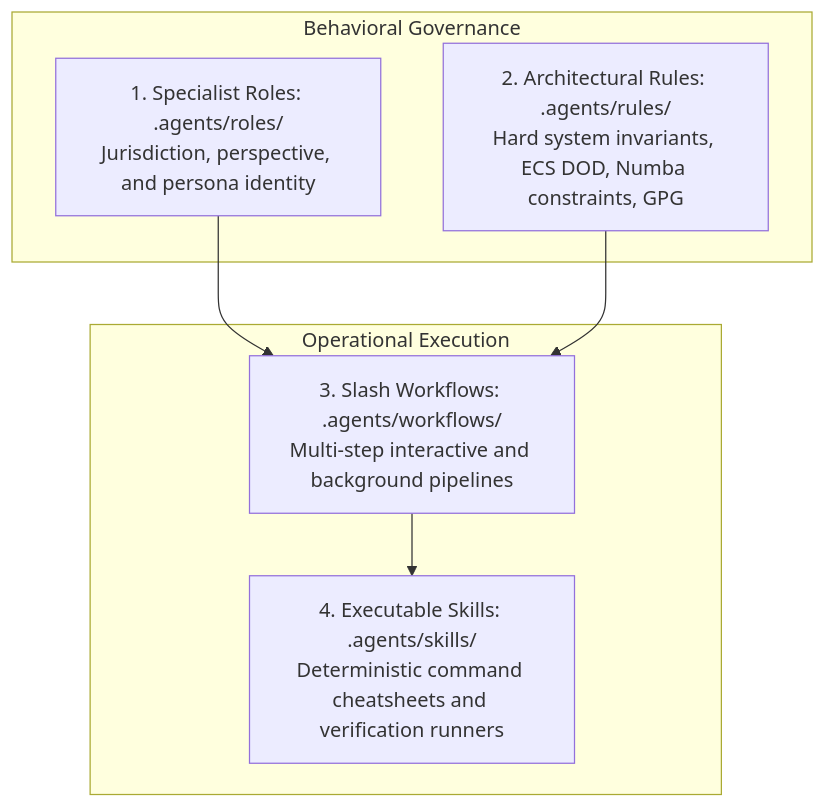
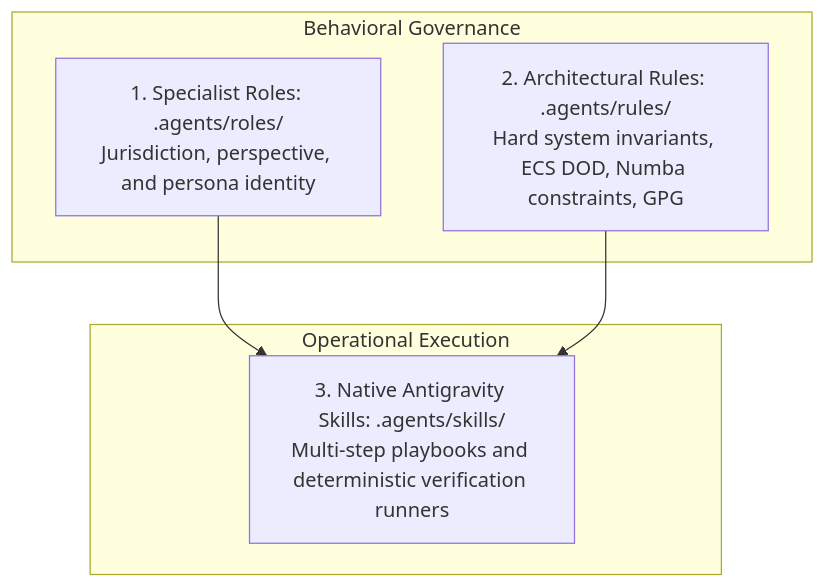
The fifth of 6 diagrams in .agents/README.md (foersben/PHIDS), drawn with Mermaid before and after one commit. The commit also changed other lines of this file and 15 other files, not shown here.

````diff
--- a/.agents/README.md
+++ b/.agents/README.md
@@ -305,16 +305,14 @@
 ```mermaid
 graph TD
     subgraph Governance [Behavioral Governance]
         Roles[1. Specialist Roles: .agents/roles/<br/>Jurisdiction, perspective, and persona identity]
         Rules[2. Architectural Rules: .agents/rules/<br/>Hard system invariants, ECS DOD, Numba constraints, GPG]
     end
 
     subgraph Execution [Operational Execution]
-        Workflows[3. Slash Workflows: .agents/workflows/<br/>Multi-step interactive and background pipelines]
-        Skills[4. Executable Skills: .agents/skills/<br/>Deterministic command cheatsheets and verification runners]
+        Skills[3. Native Antigravity Skills: .agents/skills/<br/>Multi-step playbooks and deterministic verification runners]
     end
 
-    Roles --> Workflows
-    Rules --> Workflows
-    Workflows --> Skills
+    Roles --> Skills
+    Rules --> Skills
 ```
````
